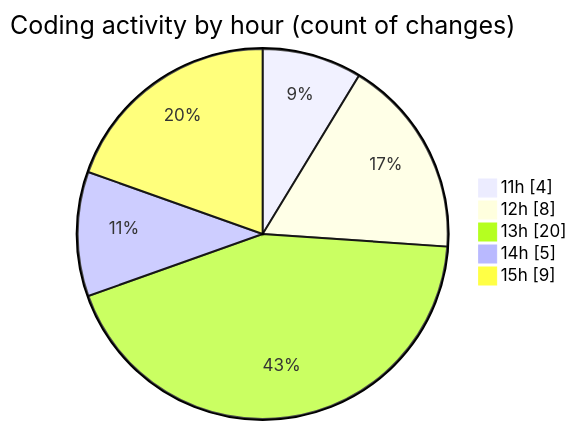
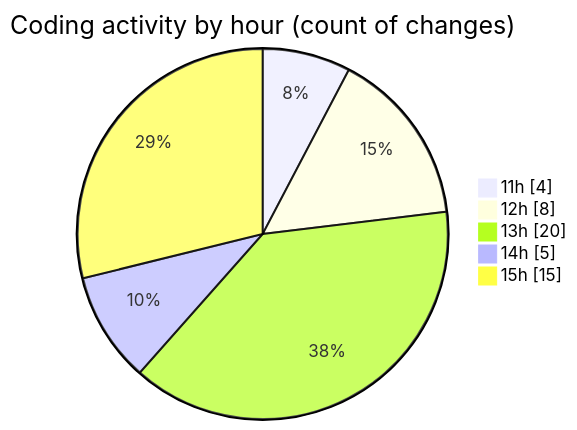
Before and after one commit to momahboobian/code-tracking: the second of 2 diagrams in 2025-08-07/cda/README.md, drawn with Mermaid. The commit also changed other lines of this file and 1 other file, not shown here.

````diff
--- a/2025-08-07/cda/README.md
+++ b/2025-08-07/cda/README.md
@@ -29,9 +31,9 @@
 ```mermaid
 pie showData
 title Coding activity by hour (count of changes)
 "11h" : 4
 "12h" : 8
 "13h" : 20
 "14h" : 5
-"15h" : 9
+"15h" : 15
 ```
````
